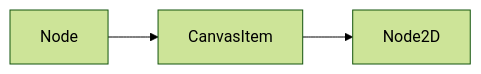
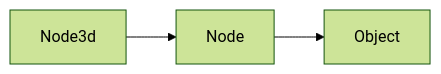
One commit to euribates/notes changed the second of 5 diagrams in source/notes-on-godot.rst. Above: the diagram before and after it, drawn with Mermaid (forest theme). The commit also changed other lines of this file and 3 other files, not shown here.

```diff
--- a/source/notes-on-godot.rst
+++ b/source/notes-on-godot.rst
@@ -159,6 +1110,5 @@
 .. mermaid::
 
     graph LR
-    
-    Node --> CanvasItem;
-    CanvasItem --> Node2D;
+    Node3d --> Node;
+    Node --> Object;
```
